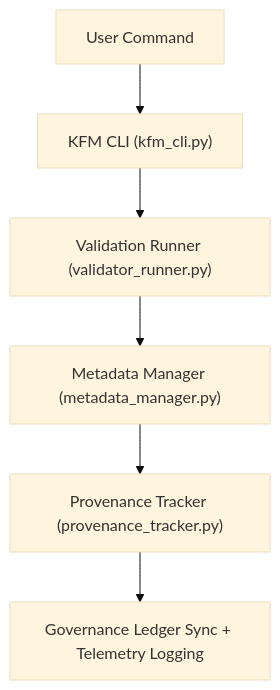
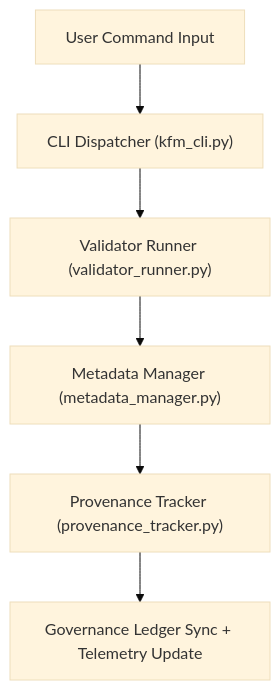
The diagram in tools/cli/README.md (bartytime4life/Kansas-Frontier-Matrix), drawn with Mermaid (base theme) before and after one commit. The commit also changed other lines of this file, not shown here.

````diff
--- a/tools/cli/README.md
+++ b/tools/cli/README.md
@@ -64,8 +74,8 @@
 ```mermaid
 flowchart TD
-    A["User Command"] --> B["KFM CLI (kfm_cli.py)"]
-    B --> C["Validation Runner (validator_runner.py)"]
-    C --> D["Metadata Manager (metadata_manager.py)"]
-    D --> E["Provenance Tracker (provenance_tracker.py)"]
-    E --> F["Governance Ledger Sync + Telemetry Logging"]
+A["User Command Input"] --> B["CLI Dispatcher (kfm_cli.py)"]
+B --> C["Validator Runner (validator_runner.py)"]
+C --> D["Metadata Manager (metadata_manager.py)"]
+D --> E["Provenance Tracker (provenance_tracker.py)"]
+E --> F["Governance Ledger Sync + Telemetry Update"]
 ```
````
